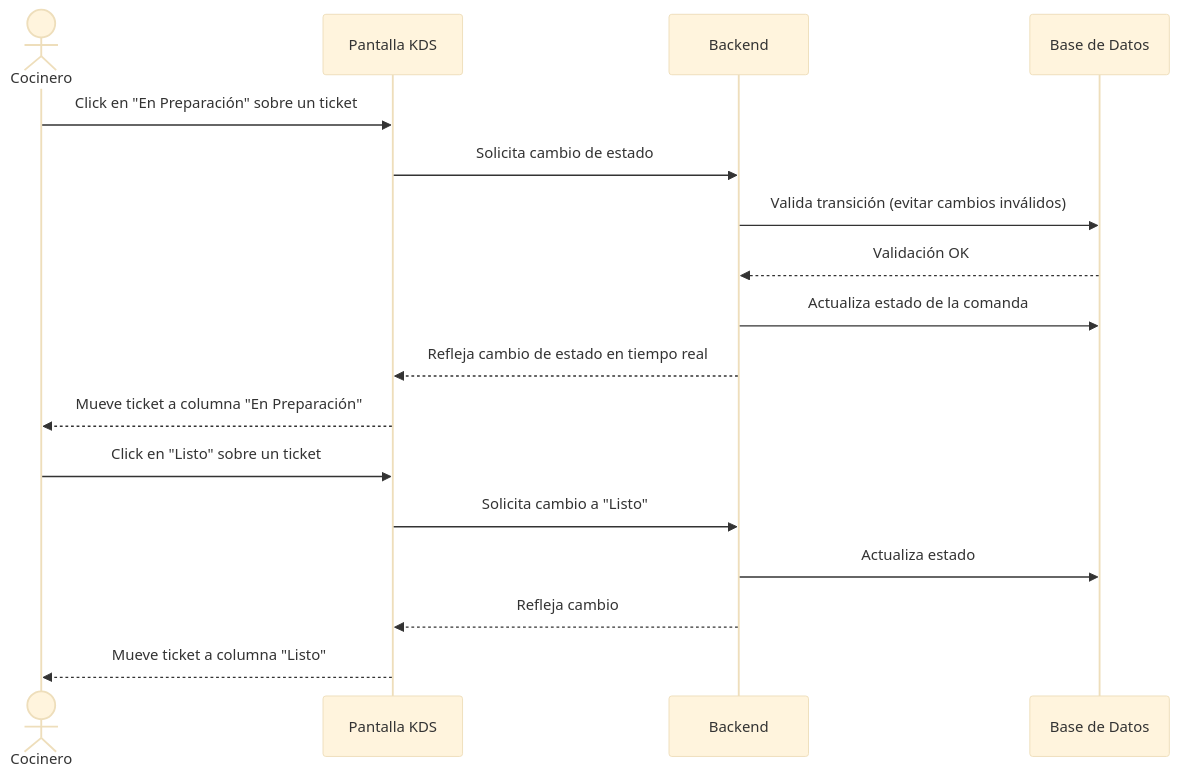
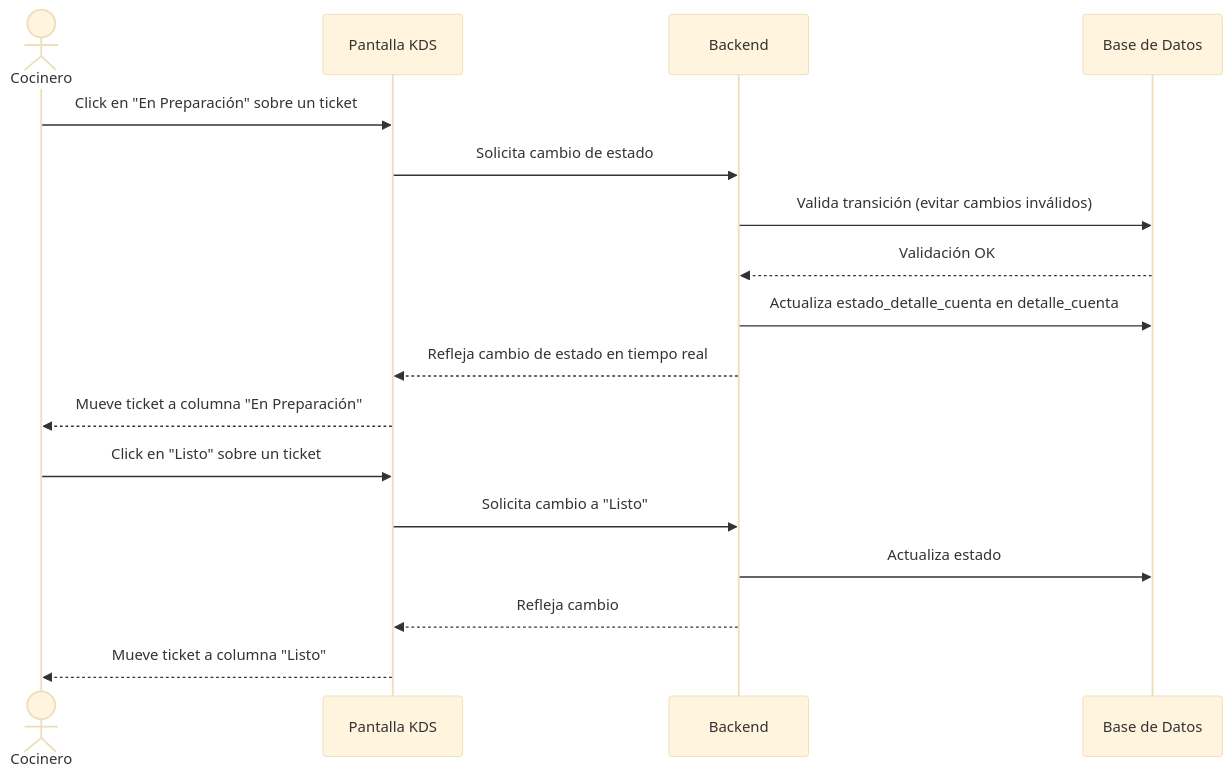
Before and after one commit to C3-IS0289-2026/Restaurante-Avanzado: the seventh of 11 diagrams in Documentos/Diagramas_Historias_Usuario.md, drawn with Mermaid (base theme). The commit also changed other lines of this file and 19 other files, not shown here.

First line of the commit message:
refactor(db,domain,docs): unificar lenguaje ubicuo en cuenta y estado_detalle_cuenta

````diff
--- a/Documentos/Diagramas_Historias_Usuario.md
+++ b/Documentos/Diagramas_Historias_Usuario.md
@@ -128,21 +128,21 @@
 ```mermaid
 sequenceDiagram
     actor Cocinero
     participant KDS as Pantalla KDS
     participant Backend
     participant BD as Base de Datos
 
     Cocinero->>KDS: Click en "En Preparación" sobre un ticket
     KDS->>Backend: Solicita cambio de estado
     Backend->>BD: Valida transición (evitar cambios inválidos)
     BD-->>Backend: Validación OK
-    Backend->>BD: Actualiza estado de la comanda
+    Backend->>BD: Actualiza estado_detalle_cuenta en detalle_cuenta
     Backend-->>KDS: Refleja cambio de estado en tiempo real
     KDS-->>Cocinero: Mueve ticket a columna "En Preparación"
     
     Cocinero->>KDS: Click en "Listo" sobre un ticket
     KDS->>Backend: Solicita cambio a "Listo"
     Backend->>BD: Actualiza estado
     Backend-->>KDS: Refleja cambio
     KDS-->>Cocinero: Mueve ticket a columna "Listo"
 ```
````
